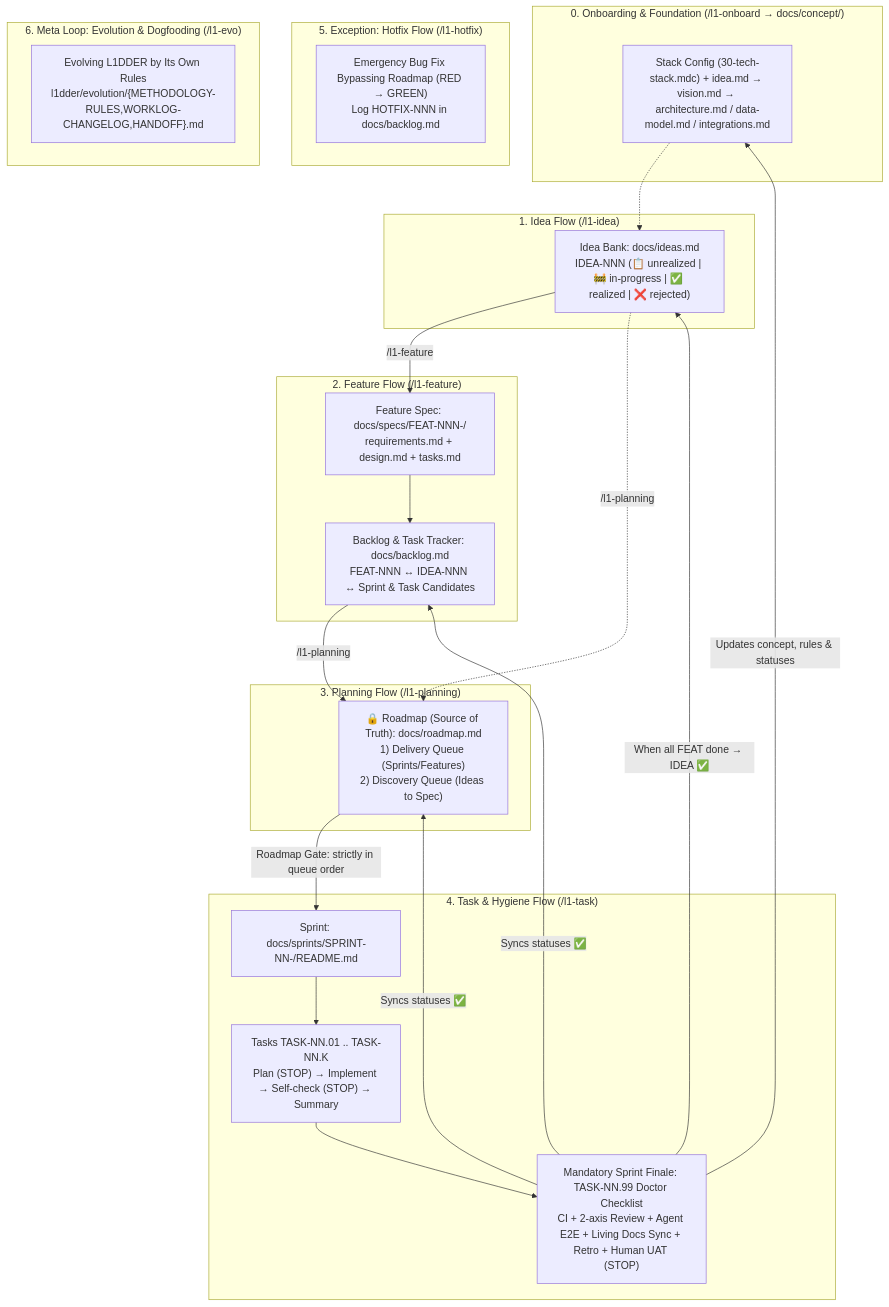
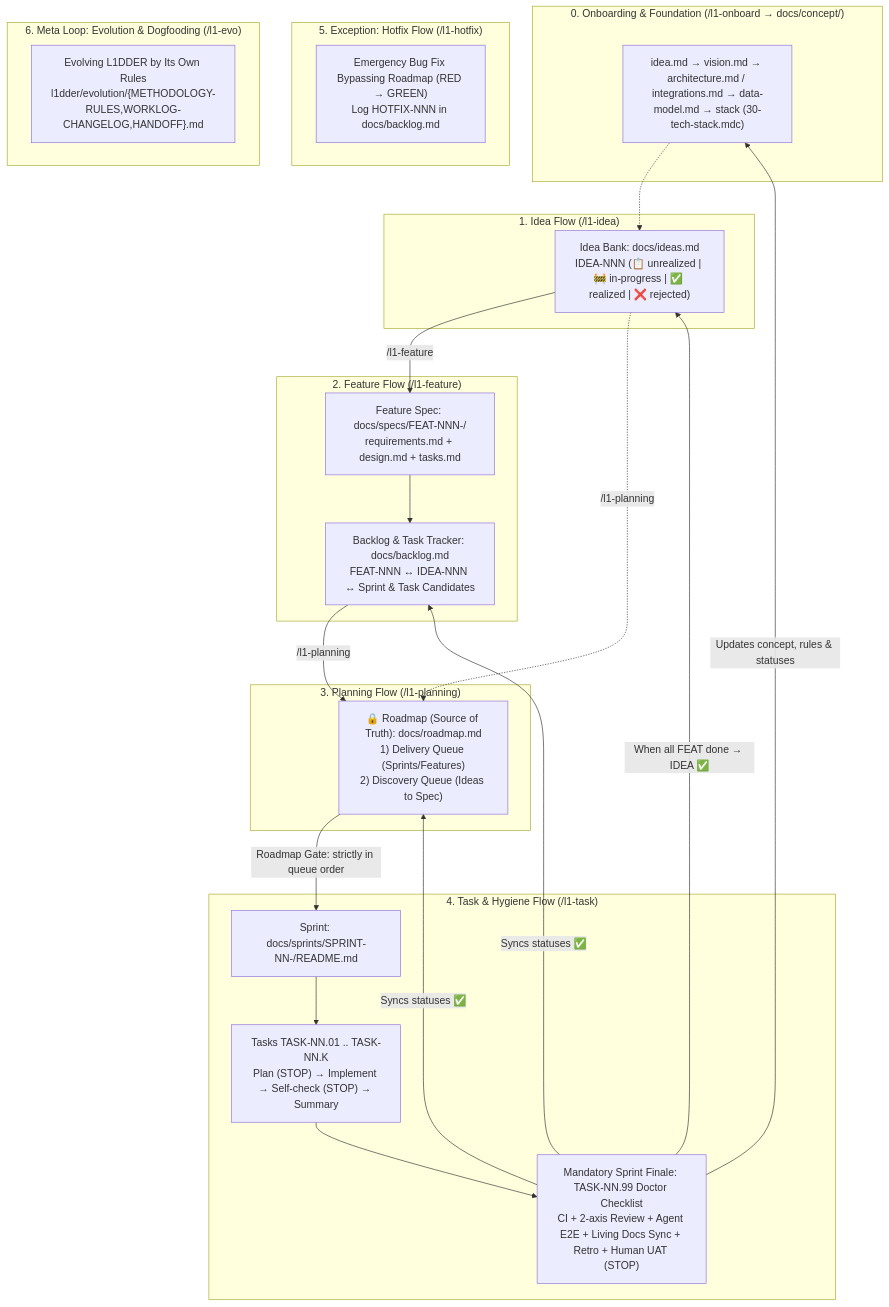
Before and after one commit to ledvanoff/l1dder: the diagram in assets/i18n/en/METHODOLOGY.md, drawn with Mermaid. The commit also changed other lines of this file and 55 other files, not shown here.

````diff
--- a/assets/i18n/en/METHODOLOGY.md
+++ b/assets/i18n/en/METHODOLOGY.md
@@ -12,46 +12,46 @@
 ```mermaid
 flowchart TB
     subgraph foundation["0. Onboarding & Foundation (/l1-onboard → docs/concept/)"]
-        CON["Stack Config (30-tech-stack.mdc) + idea.md → vision.md → architecture.md / data-model.md / integrations.md"]
+        CON["idea.md → vision.md → architecture.md / integrations.md → data-model.md → stack (30-tech-stack.mdc)"]
     end
 
     subgraph flow1["1. Idea Flow (/l1-idea)"]
         IDEAS["Idea Bank: docs/ideas.md<br/>IDEA-NNN (📋 unrealized | 🚧 in-progress | ✅ realized | ❌ rejected)"]
     end
 
     subgraph flow2["2. Feature Flow (/l1-feature)"]
         SPECS["Feature Spec: docs/specs/FEAT-NNN-<slug>/<br/>requirements.md + design.md + tasks.md"]
         BACKLOG["Backlog & Task Tracker: docs/backlog.md<br/>FEAT-NNN ↔ IDEA-NNN ↔ Sprint & Task Candidates"]
     end
 
     subgraph flow3["3. Planning Flow (/l1-planning)"]
         ROADMAP["🔒 Roadmap (Source of Truth): docs/roadmap.md<br/>1) Delivery Queue (Sprints/Features)<br/>2) Discovery Queue (Ideas to Spec)"]
     end
 
     subgraph flow4["4. Task & Hygiene Flow (/l1-task)"]
         SPRINT["Sprint: docs/sprints/SPRINT-NN-<slug>/README.md"]
         TASKS["Tasks TASK-NN.01 .. TASK-NN.K<br/>Plan (STOP) → Implement → Self-check (STOP) → Summary"]
         DOCTOR["Mandatory Sprint Finale: TASK-NN.99 Doctor Checklist<br/>CI + 2-axis Review + Agent E2E + Living Docs Sync + Retro + Human UAT (STOP)"]
     end
 
     subgraph flow5["5. Exception: Hotfix Flow (/l1-hotfix)"]
         HOTFIX["Emergency Bug Fix Bypassing Roadmap (RED → GREEN)<br/>Log HOTFIX-NNN in docs/backlog.md"]
     end
 
     subgraph flow6["6. Meta Loop: Evolution & Dogfooding (/l1-evo)"]
         EVO["Evolving L1DDER by Its Own Rules<br/>l1dder/evolution/{METHODOLOGY-RULES,WORKLOG-CHANGELOG,HANDOFF}.md"]
     end
 
     CON -.-> IDEAS
     IDEAS -->|"/l1-feature"| SPECS
     SPECS --> BACKLOG
     IDEAS -.->|"/l1-planning"| ROADMAP
     BACKLOG -->|"/l1-planning"| ROADMAP
     ROADMAP -->|"Roadmap Gate: strictly in queue order"| SPRINT
     SPRINT --> TASKS
     TASKS --> DOCTOR
     DOCTOR -->|"Updates concept, rules & statuses"| CON
     DOCTOR -->|"Syncs statuses ✅"| ROADMAP
     DOCTOR -->|"Syncs statuses ✅"| BACKLOG
     DOCTOR -->|"When all FEAT done → IDEA ✅"| IDEAS
 ```
````
